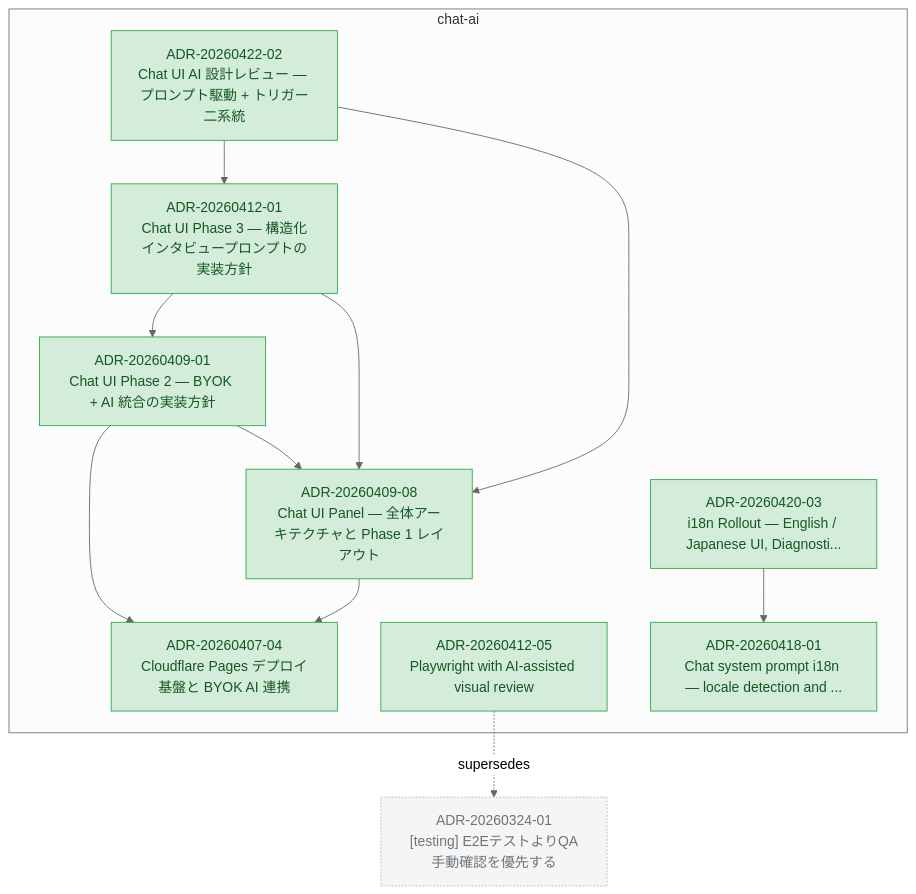
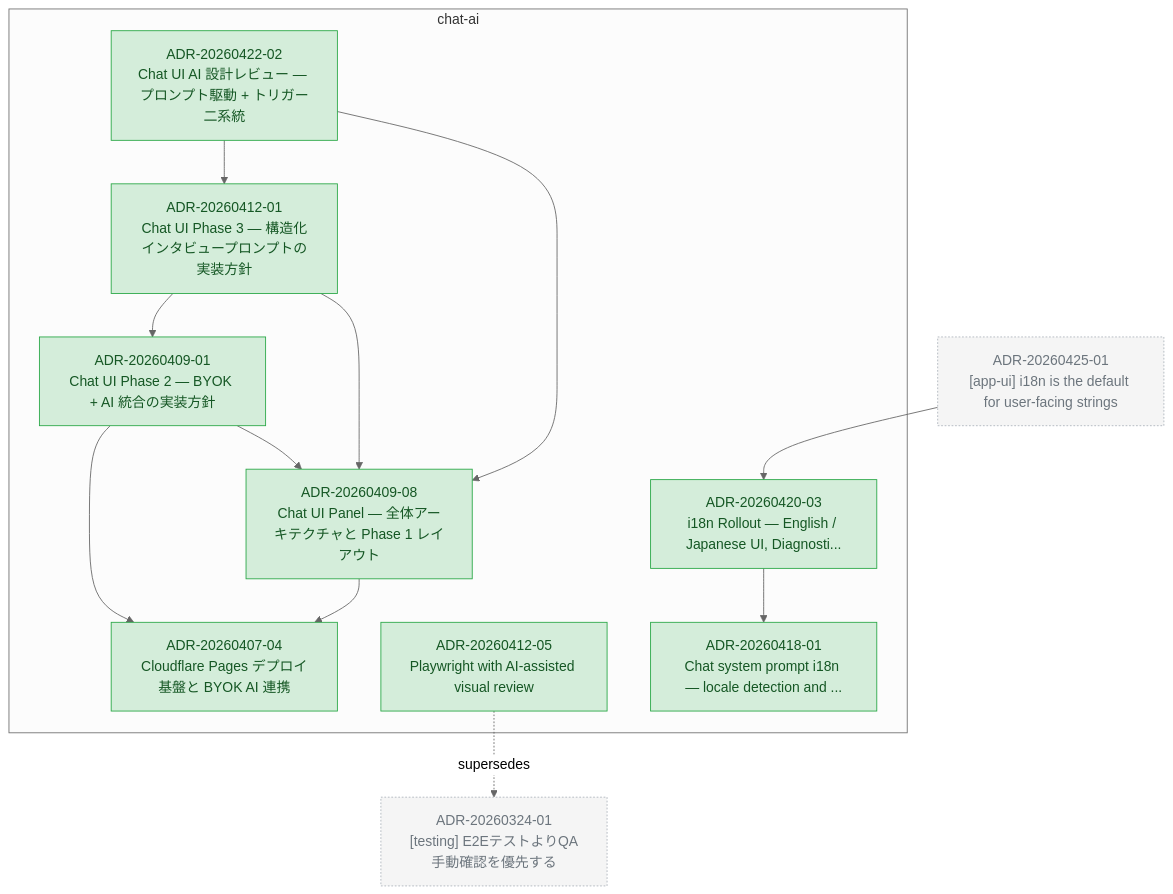
The diagram in docs/adr/graph/chat-ai.md (kompiro/karasu), drawn with Mermaid (neutral theme) before and after one commit. The commit also changed 5 other files, not shown here.

First line of the commit message:
docs(adr): promote i18n default policy design doc to ADR

````diff
--- a/docs/adr/graph/chat-ai.md
+++ b/docs/adr/graph/chat-ai.md
@@ -6,39 +6,42 @@
 ```mermaid
 flowchart TD
   subgraph chat-ai["chat-ai"]
     ADR_20260407_04["ADR-20260407-04<br/>Cloudflare Pages デプロイ基盤と BYOK AI 連携"]
     ADR_20260409_01["ADR-20260409-01<br/>Chat UI Phase 2 — BYOK + AI 統合の実装方針"]
     ADR_20260409_08["ADR-20260409-08<br/>Chat UI Panel — 全体アーキテクチャと Phase 1 レイアウト"]
     ADR_20260412_01["ADR-20260412-01<br/>Chat UI Phase 3 — 構造化インタビュープロンプトの実装方針"]
     ADR_20260412_05["ADR-20260412-05<br/>Playwright with AI-assisted visual review"]
     ADR_20260418_01["ADR-20260418-01<br/>Chat system prompt i18n — locale detection and ..."]
     ADR_20260420_03["ADR-20260420-03<br/>i18n Rollout — English / Japanese UI, Diagnosti..."]
     ADR_20260422_02["ADR-20260422-02<br/>Chat UI AI 設計レビュー — プロンプト駆動 + トリガー二系統"]
   end
   ADR_20260324_01["ADR-20260324-01<br/>[testing] E2EテストよりQA手動確認を優先する"]
+  ADR_20260425_01["ADR-20260425-01<br/>[app-ui] i18n is the default for user-facing strings"]
   ADR_20260409_01 --> ADR_20260409_08
   ADR_20260409_01 --> ADR_20260407_04
   ADR_20260409_08 --> ADR_20260407_04
   ADR_20260412_01 --> ADR_20260409_01
   ADR_20260412_01 --> ADR_20260409_08
   ADR_20260420_03 --> ADR_20260418_01
   ADR_20260422_02 --> ADR_20260409_08
   ADR_20260422_02 --> ADR_20260412_01
+  ADR_20260425_01 --> ADR_20260420_03
   ADR_20260412_05 -.supersedes.-> ADR_20260324_01
 
   classDef accepted fill:#d4edda,stroke:#28a745,color:#155724
   classDef proposed fill:#fff3cd,stroke:#ffc107,color:#856404
   classDef deprecated fill:#f8d7da,stroke:#dc3545,color:#721c24
   classDef superseded fill:#e2e3e5,stroke:#6c757d,color:#383d41
   classDef not_adopted fill:#e2e3e5,stroke:#6c757d,color:#383d41,stroke-dasharray:3 3
   classDef ghost fill:#f5f5f5,stroke:#adb5bd,color:#6c757d,stroke-dasharray:2 2
   class ADR_20260407_04 accepted
   class ADR_20260409_01 accepted
   class ADR_20260409_08 accepted
   class ADR_20260412_01 accepted
   class ADR_20260412_05 accepted
   class ADR_20260418_01 accepted
   class ADR_20260420_03 accepted
   class ADR_20260422_02 accepted
   class ADR_20260324_01 ghost
+  class ADR_20260425_01 ghost
 ```
````
